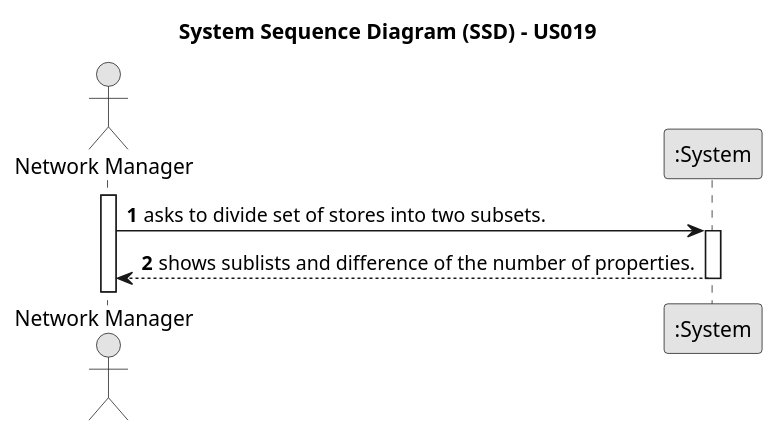
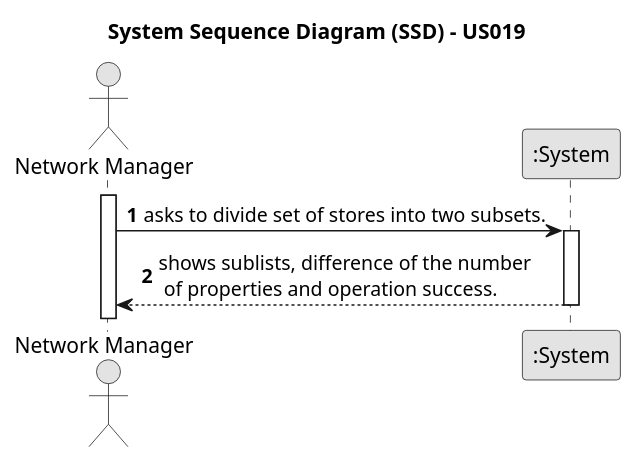
The diagram in docs/sprintD/us019/01.requirements-engineering/puml/us019-system-sequence-diagram.puml (rita-barbosa/LAPR2-2223), drawn with PlantUML before and after one commit. The commit also changed 3 other files, not shown here.

```diff
--- a/docs/sprintD/us019/01.requirements-engineering/puml/us019-system-sequence-diagram.puml
+++ b/docs/sprintD/us019/01.requirements-engineering/puml/us019-system-sequence-diagram.puml
@@ -1,20 +1,20 @@
 @startuml
 skinparam monochrome true
 skinparam packageStyle rectangle
 skinparam shadowing false
 
 title System Sequence Diagram (SSD) - US019
 
 autonumber
 actor "Network Manager" as Employee
 participant ":System" as System
 
 activate Employee
 
     Employee -> System : asks to divide set of stores into two subsets.
     activate System
 
-    System --> Employee : shows sublists and difference of the number of properties.
+    System --> Employee : shows sublists, difference of the number\n of properties and operation success.
     deactivate System
 
 @enduml
```
